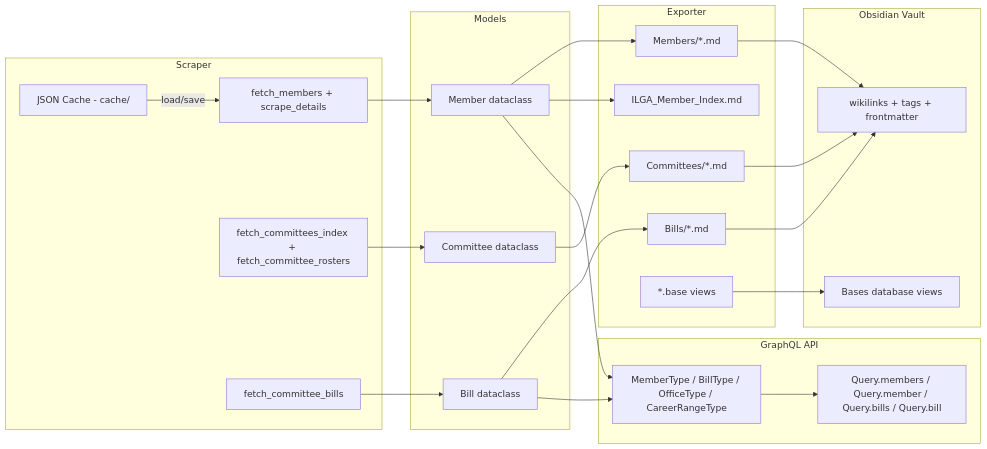
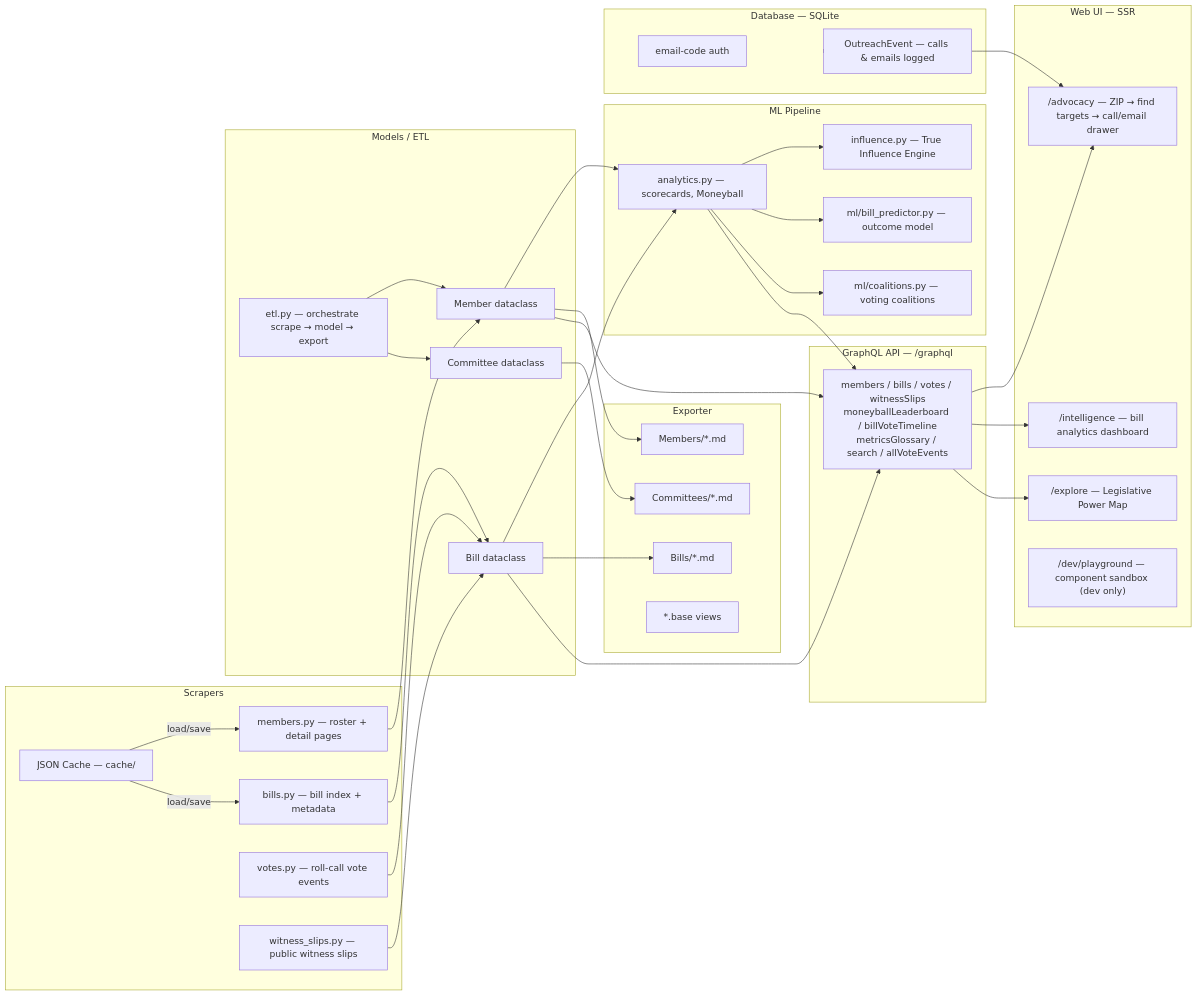
The diagram in README.md (tyler-morales/ilga-graph), drawn with Mermaid before and after one commit. The commit also changed other lines of this file, not shown here.

````diff
--- a/README.md
+++ b/README.md
@@ -7,44 +9,65 @@
 ```mermaid
 flowchart LR
-    subgraph scraping [Scraper]
-        Cache["JSON Cache - cache/"]
-        FetchMembers["fetch_members + scrape_details"]
-        FetchCommittees["fetch_committees_index + fetch_committee_rosters"]
-        FetchBills["fetch_committee_bills"]
+    subgraph scraping [Scrapers]
+        Cache["JSON Cache — cache/"]
+        FetchMembers["members.py — roster + detail pages"]
+        FetchBills["bills.py — bill index + metadata"]
+        FetchVotes["votes.py — roll-call vote events"]
+        FetchSlips["witness_slips.py — public witness slips"]
     end
-    subgraph models [Models]
+    subgraph models [Models / ETL]
         Member["Member dataclass"]
         Committee["Committee dataclass"]
         Bill["Bill dataclass"]
+        ETL["etl.py — orchestrate scrape → model → export"]
+    end
+    subgraph ml [ML Pipeline]
+        Analytics["analytics.py — scorecards, Moneyball"]
+        Influence["influence.py — True Influence Engine"]
+        Predictions["ml/bill_predictor.py — outcome model"]
+        Coalitions["ml/coalitions.py — voting coalitions"]
     end
     subgraph export [Exporter]
         MemberMD["Members/*.md"]
         CommitteeMD["Committees/*.md"]
         BillMD["Bills/*.md"]
-        IndexMD["ILGA_Member_Index.md"]
         BaseFiles["*.base views"]
     end
-    subgraph api [GraphQL API]
-        GQLTypes["MemberType / BillType / OfficeType / CareerRangeType"]
-        GQLQuery["Query.members / Query.member / Query.bills / Query.bill"]
+    subgraph webui [Web UI — SSR]
+        Advocacy["/advocacy — ZIP → find targets → call/email drawer"]
+        Intelligence["/intelligence — bill analytics dashboard"]
+        Explore["/explore — Legislative Power Map"]
+        DevPlayground["/dev/playground — component sandbox (dev only)"]
     end
-    subgraph vault [Obsidian Vault]
-        Wikilinks["wikilinks + tags + frontmatter"]
-        BasesViews["Bases database views"]
+    subgraph api [GraphQL API — /graphql]
+        GQLQuery["members / bills / votes / witnessSlips\nmoneyballLeaderboard / billVoteTimeline\nmetricsGlossary / search / allVoteEvents"]
+    end
+    subgraph db [Database — SQLite]
+        Auth["email-code auth"]
+        Outreach["OutreachEvent — calls & emails logged"]
     end
     Cache -->|"load/save"| FetchMembers
+    Cache -->|"load/save"| FetchBills
     FetchMembers --> Member
-    FetchCommittees --> Committee
     FetchBills --> Bill
+    FetchVotes --> Bill
+    FetchSlips --> Bill
+    ETL --> Member
+    ETL --> Committee
+    Member --> Analytics
+    Bill --> Analytics
+    Analytics --> Influence
+    Analytics --> Predictions
+    Analytics --> Coalitions
     Member --> MemberMD
     Committee --> CommitteeMD
     Bill --> BillMD
-    Member --> IndexMD
-    MemberMD --> Wikilinks
-    CommitteeMD --> Wikilinks
-    BillMD --> Wikilinks
-    BaseFiles --> BasesViews
-    Member --> GQLTypes
-    Bill --> GQLTypes
-    GQLTypes --> GQLQuery
+    Member --> GQLQuery
+    Bill --> GQLQuery
+    Analytics --> GQLQuery
+    GQLQuery --> Advocacy
+    GQLQuery --> Intelligence
+    GQLQuery --> Explore
+    db --> Outreach
+    Outreach --> Advocacy
 ```
````
